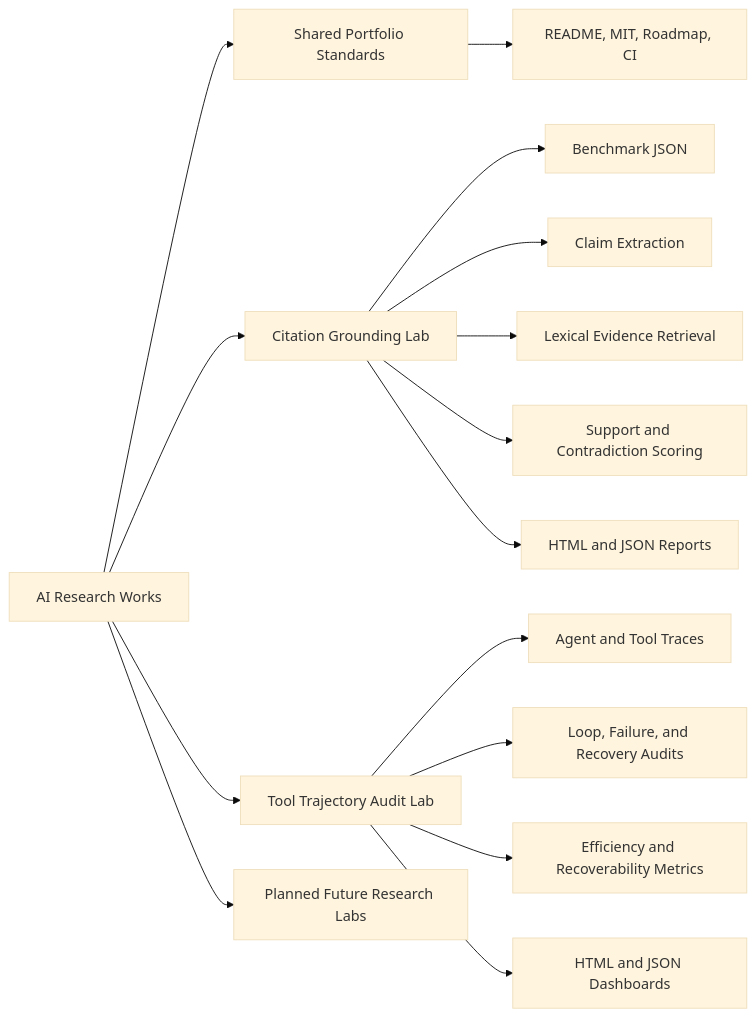
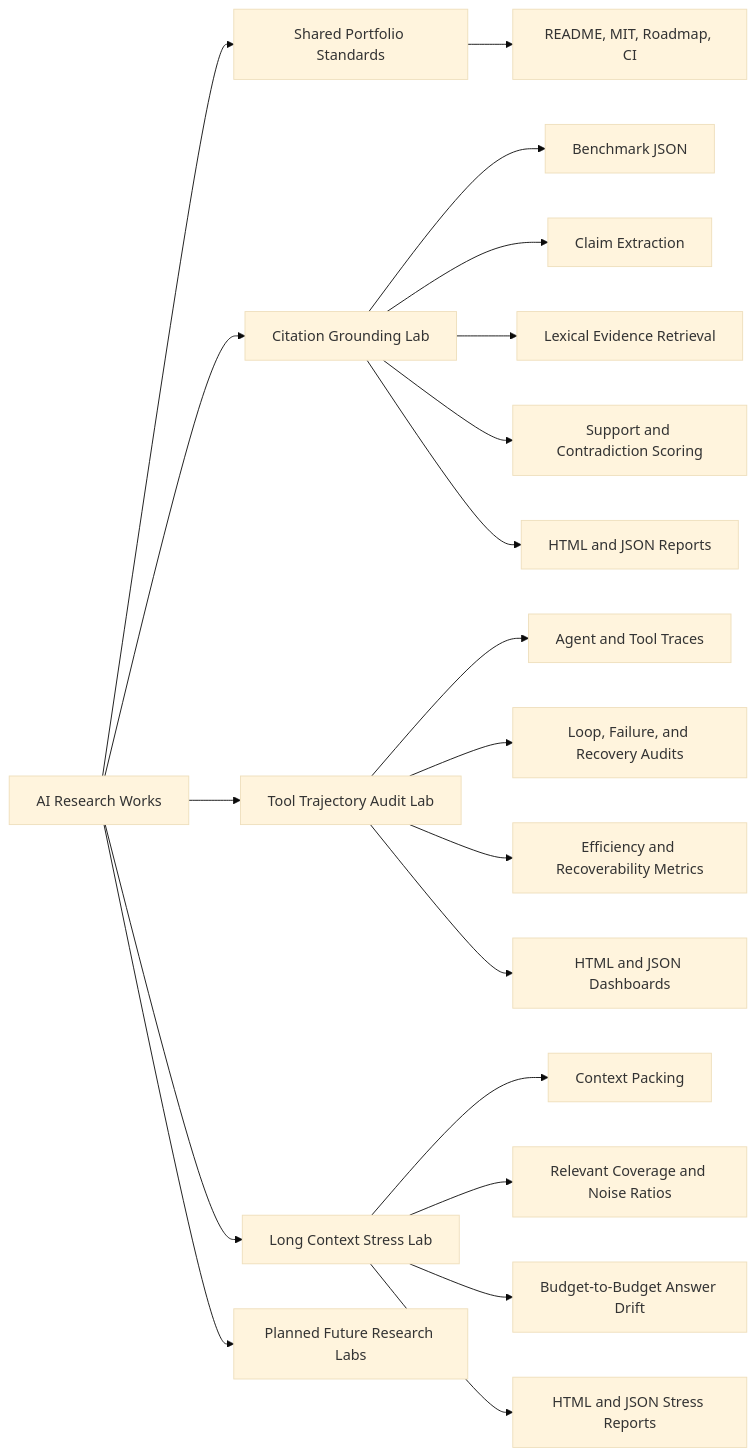
The diagram in README.md (akifitu/ai-research-works), drawn with Mermaid (base theme) before and after one commit. The commit also changed other lines of this file and 20 other files, not shown here.

Commit message:
Add long context stress lab to AI research works

````diff
--- a/README.md
+++ b/README.md
@@ -22,17 +22,22 @@
 ```mermaid
 flowchart LR
     Repo[AI Research Works] --> Standards[Shared Portfolio Standards]
     Repo --> CGL[Citation Grounding Lab]
     Repo --> TTAL[Tool Trajectory Audit Lab]
+    Repo --> LCSL[Long Context Stress Lab]
     Standards --> Docs[README, MIT, Roadmap, CI]
     CGL --> Benchmarks[Benchmark JSON]
     CGL --> Claims[Claim Extraction]
     CGL --> Retrieval[Lexical Evidence Retrieval]
     CGL --> Grounding[Support and Contradiction Scoring]
     CGL --> Reports[HTML and JSON Reports]
     TTAL --> Traces[Agent and Tool Traces]
     TTAL --> Audit[Loop, Failure, and Recovery Audits]
     TTAL --> Metrics[Efficiency and Recoverability Metrics]
     TTAL --> Dashboards[HTML and JSON Dashboards]
+    LCSL --> Packing[Context Packing]
+    LCSL --> Coverage[Relevant Coverage and Noise Ratios]
+    LCSL --> Drift[Budget-to-Budget Answer Drift]
+    LCSL --> StressReports[HTML and JSON Stress Reports]
     Repo --> Roadmap[Planned Future Research Labs]
 ```
````
